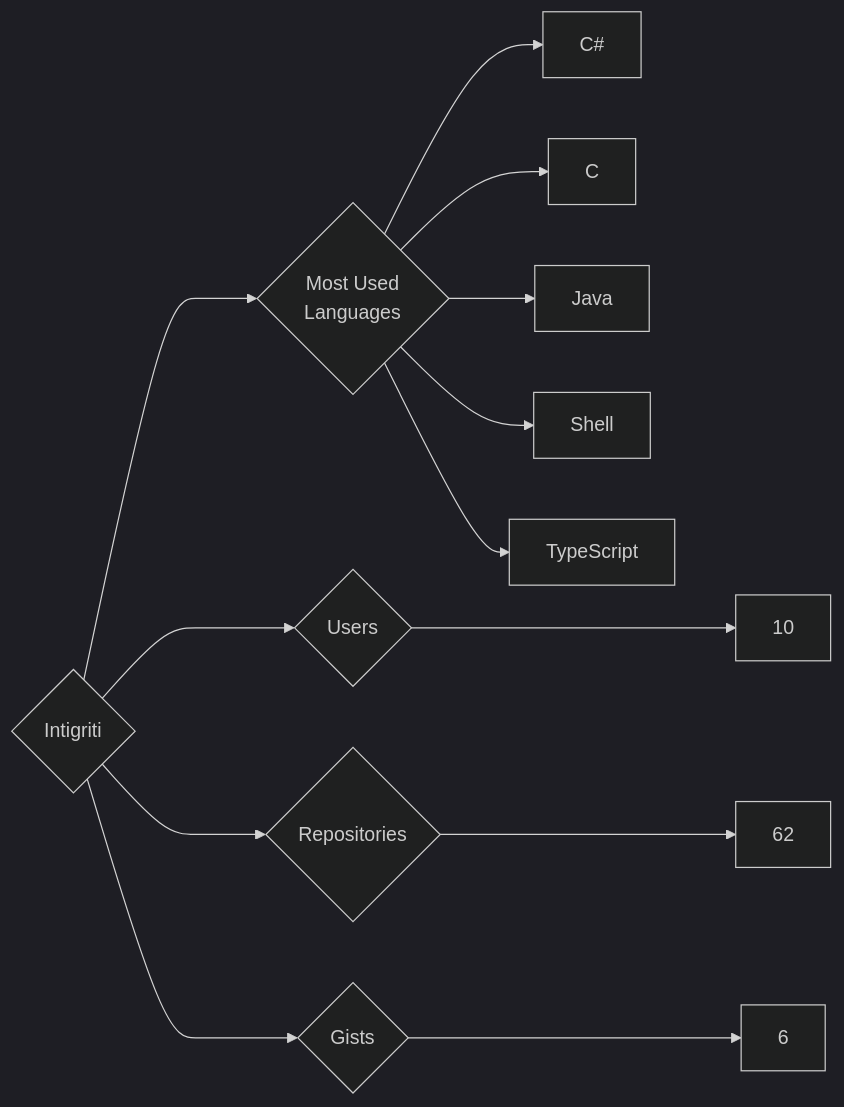
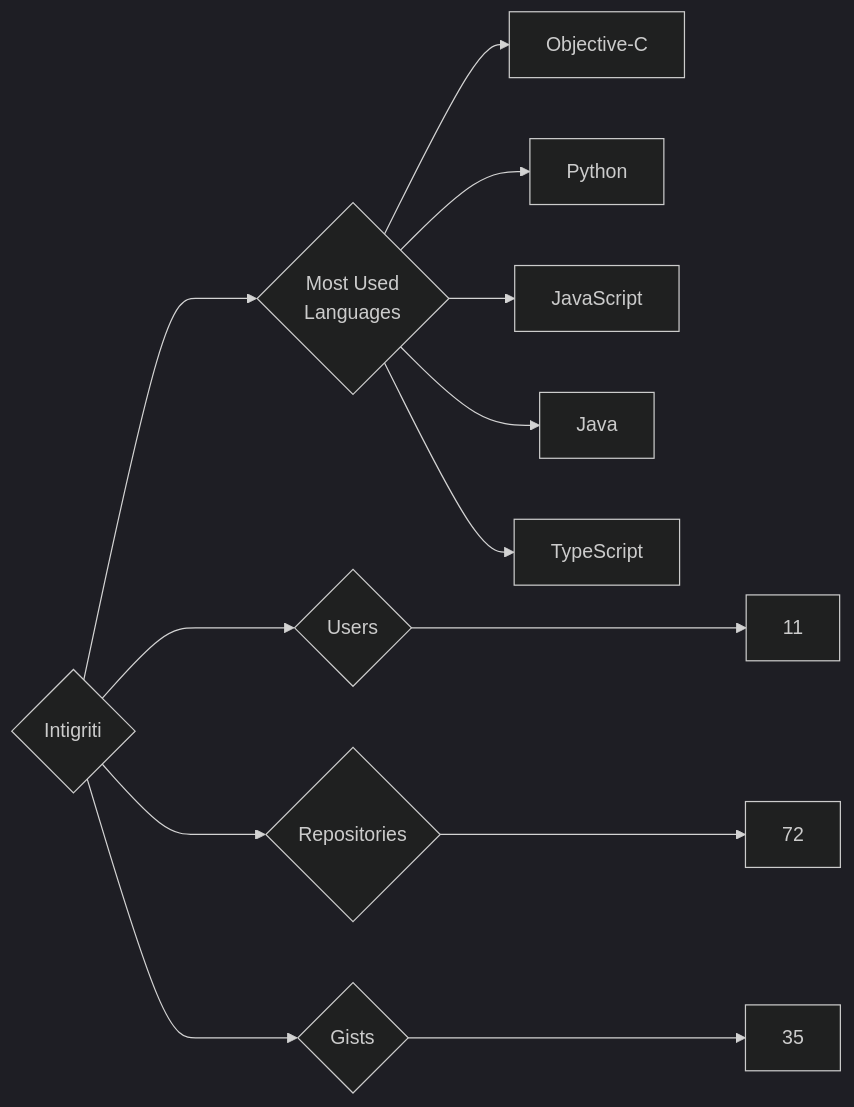
One commit to trickest/insiders changed the diagram in targets/Intigriti/README.md. Above: the diagram before and after it, drawn with Mermaid (dark theme). The commit also changed 693 other files, not shown here.

````diff
--- a/targets/Intigriti/README.md
+++ b/targets/Intigriti/README.md
@@ -3,13 +3,13 @@
 ```mermaid
 graph LR
 COMPANY_NAME{Intigriti}
-COMPANY_NAME ---> U{Users} ---> UN[10]
-COMPANY_NAME ---> R{Repositories} ---> RN[62]
-COMPANY_NAME ---> G{Gists} ---> GN[6]
+COMPANY_NAME ---> U{Users} ---> UN[11]
+COMPANY_NAME ---> R{Repositories} ---> RN[72]
+COMPANY_NAME ---> G{Gists} ---> GN[35]
 COMPANY_NAME ---> ML{Most Used<br>Languages}
-ML --> C#[C#]
-ML --> C[C]
+ML --> Objective-C[Objective-C]
+ML --> Python[Python]
+ML --> JavaScript[JavaScript]
 ML --> Java[Java]
-ML --> Shell[Shell]
 ML --> TypeScript[TypeScript]
 ```
````
